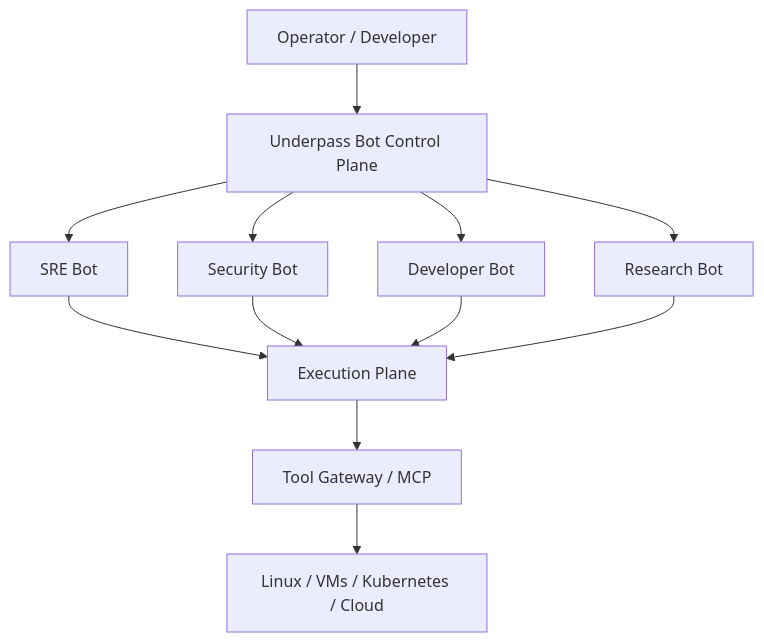
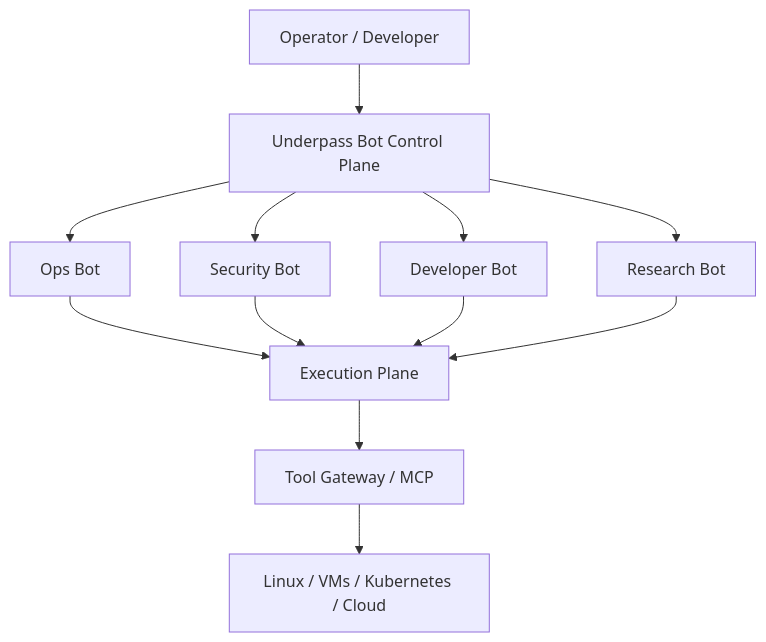
The first of 4 diagrams in docs/architecture/vision.md (underpass-ai/axlr-bots), drawn with Mermaid before and after one commit. The commit also changed other lines of this file, not shown here.

Commit message:
The vision's reference use case is a log watcher, not an SRE bot

````diff
--- a/docs/architecture/vision.md
+++ b/docs/architecture/vision.md
@@ -120,18 +120,18 @@
 ```mermaid
 flowchart TB
     U[Operator / Developer]
     CP[Underpass Bot Control Plane]
-    B1[SRE Bot]
+    B1[Ops Bot]
     B2[Security Bot]
     B3[Developer Bot]
     B4[Research Bot]
     EX[Execution Plane]
     TOOL[Tool Gateway / MCP]
     INF[Linux / VMs / Kubernetes / Cloud]
 
     U --> CP
     CP --> B1 & B2 & B3 & B4
     B1 & B2 & B3 & B4 --> EX
     EX --> TOOL
     TOOL --> INF
 ```
````
